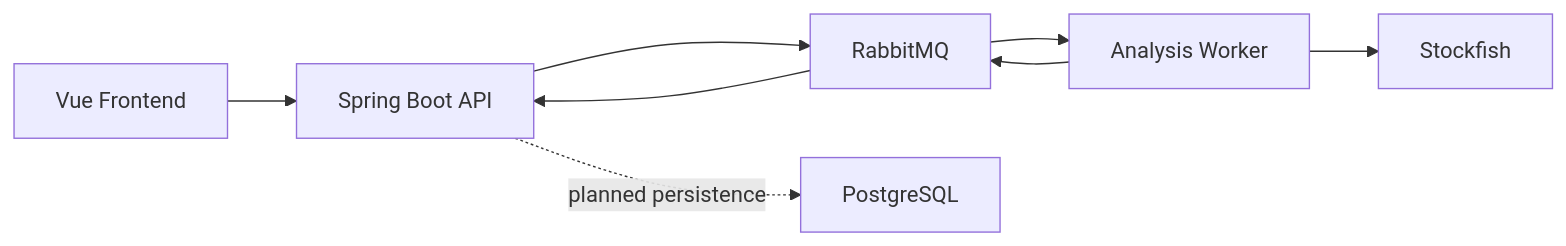
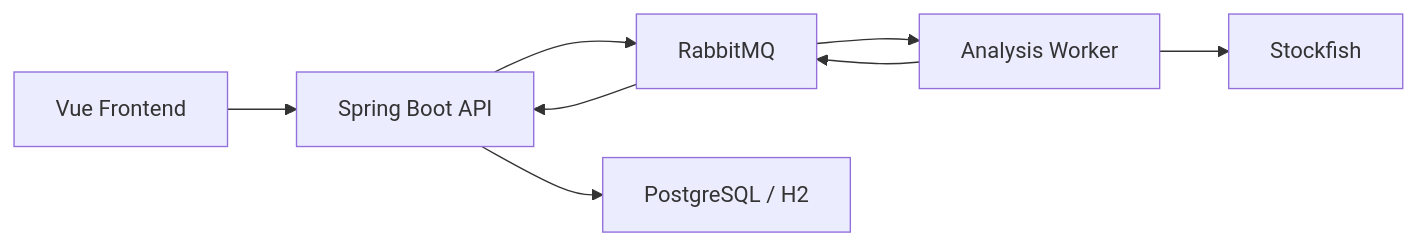
One commit to tanay924/chess-lab changed the diagram in docs/architecture.md. Above: the diagram before and after it, drawn with Mermaid. The commit also changed other lines of this file and 21 other files, not shown here.

````diff
--- a/docs/architecture.md
+++ b/docs/architecture.md
@@ -5,10 +5,10 @@
 ```mermaid
 flowchart LR
   Vue["Vue Frontend"] --> API["Spring Boot API"]
   API --> Queue["RabbitMQ"]
   Queue --> Worker["Analysis Worker"]
   Worker --> Stockfish["Stockfish"]
   Worker --> Queue
   Queue --> API
-  API -. "planned persistence" .-> DB["PostgreSQL"]
+  API --> DB["PostgreSQL / H2"]
 ```
````
